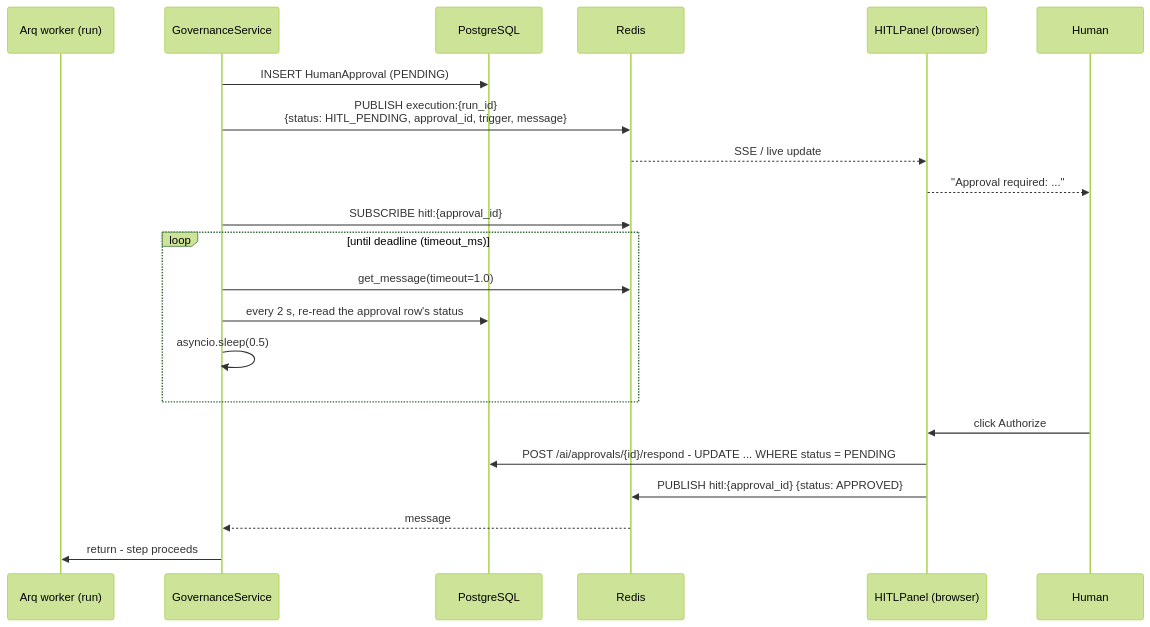
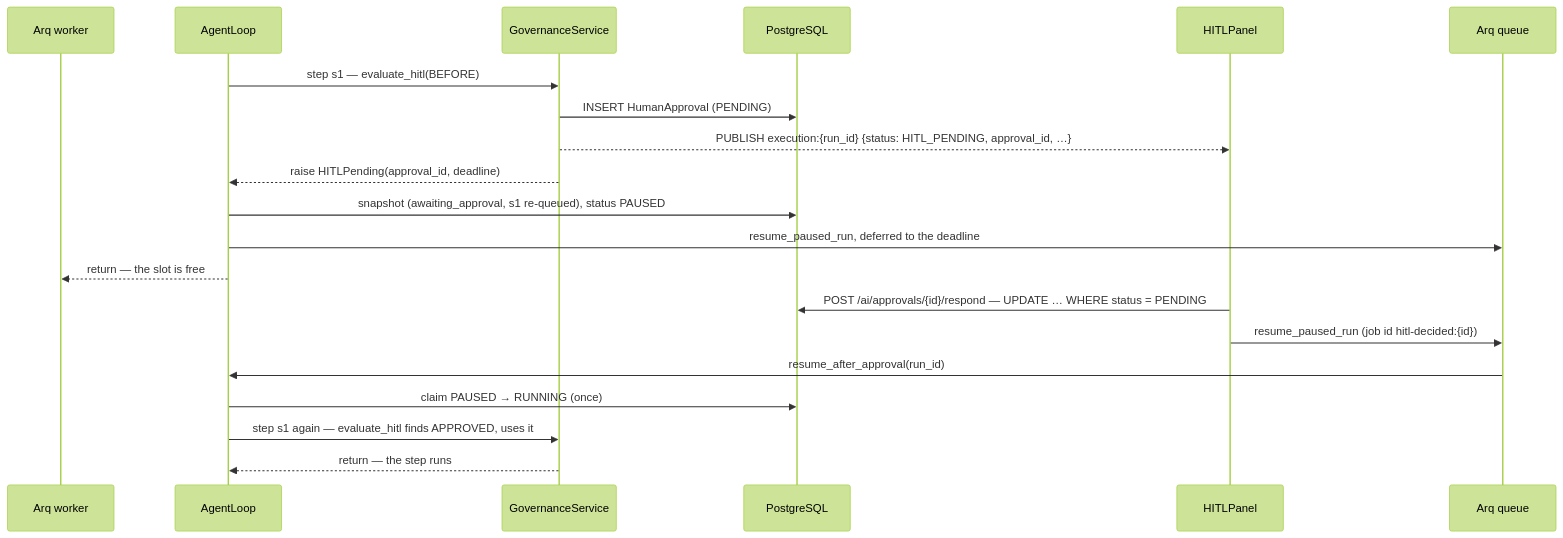
One commit to gondolerahul/hire-buddha-app changed the eighth of 14 diagrams in docs/current/15-governance-and-hitl.md. Above: the diagram before and after it, drawn with Mermaid (forest theme). The commit also changed other lines of this file and 32 other files, not shown here.

````diff
--- a/docs/current/15-governance-and-hitl.md
+++ b/docs/current/15-governance-and-hitl.md
@@ -511,27 +518,24 @@
 ```mermaid
 sequenceDiagram
-    participant W as Arq worker (run)
+    participant W as Arq worker
+    participant L as AgentLoop
     participant G as GovernanceService
     participant DB as PostgreSQL
-    participant R as Redis
-    participant UI as HITLPanel (browser)
-    participant H as Human
+    participant UI as HITLPanel
+    participant Q as Arq queue
 
+    L->>G: step s1 — evaluate_hitl(BEFORE)
     G->>DB: INSERT HumanApproval (PENDING)
-    G->>R: PUBLISH execution:{run_id}<br/>{status: HITL_PENDING, approval_id, trigger, message}
-    R-->>UI: SSE / live update
-    UI-->>H: "Approval required: ..."
+    G-->>UI: PUBLISH execution:{run_id} {status: HITL_PENDING, approval_id, …}
+    G-->>L: raise HITLPending(approval_id, deadline)
+    L->>DB: snapshot (awaiting_approval, s1 re-queued), status PAUSED
+    L->>Q: resume_paused_run, deferred to the deadline
+    L-->>W: return — the slot is free
 
-    G->>R: SUBSCRIBE hitl:{approval_id}
-    loop until deadline (timeout_ms)
-        G->>R: get_message(timeout=1.0)
-        G->>DB: every 2 s, re-read the approval row's status
-        G->>G: asyncio.sleep(0.5)
-    end
-
-    H->>UI: click Authorize
-    UI->>DB: POST /ai/approvals/{id}/respond - UPDATE ... WHERE status = PENDING
-    UI->>R: PUBLISH hitl:{approval_id} {status: APPROVED}
-    R-->>G: message
-    G->>W: return - step proceeds
+    UI->>DB: POST /ai/approvals/{id}/respond — UPDATE … WHERE status = PENDING
+    UI->>Q: resume_paused_run (job id hitl-decided:{id})
+    Q->>L: resume_after_approval(run_id)
+    L->>DB: claim PAUSED → RUNNING (once)
+    L->>G: step s1 again — evaluate_hitl finds APPROVED, uses it
+    G-->>L: return — the step runs
 ```
````
